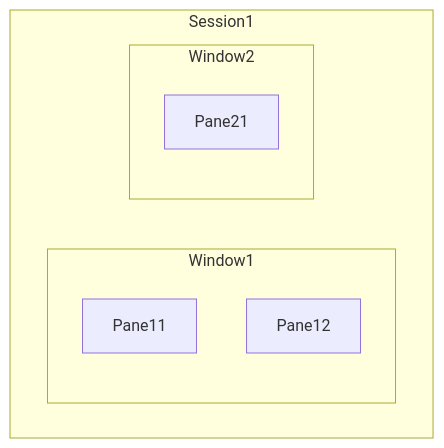
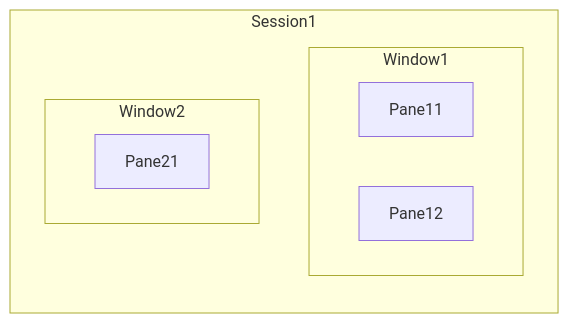
One commit to asokolsky/asokolsky.github.io changed the diagram in apps/tmux.md. Above: the diagram before and after it, drawn with Mermaid.

````diff
--- a/apps/tmux.md
+++ b/apps/tmux.md
@@ -16,12 +16,12 @@
 ```mermaid
-flowchart TB
+flowchart LR
     subgraph Session1
     subgraph Window1
     Pane11
     Pane12
     end
     subgraph Window2
     Pane21
     end
     end
 ```
````
